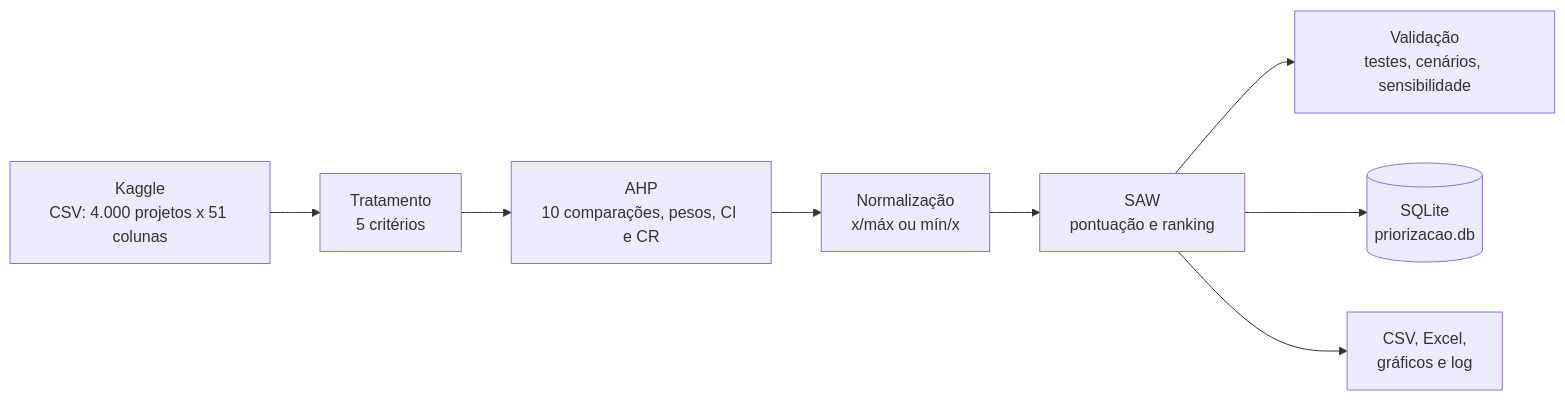
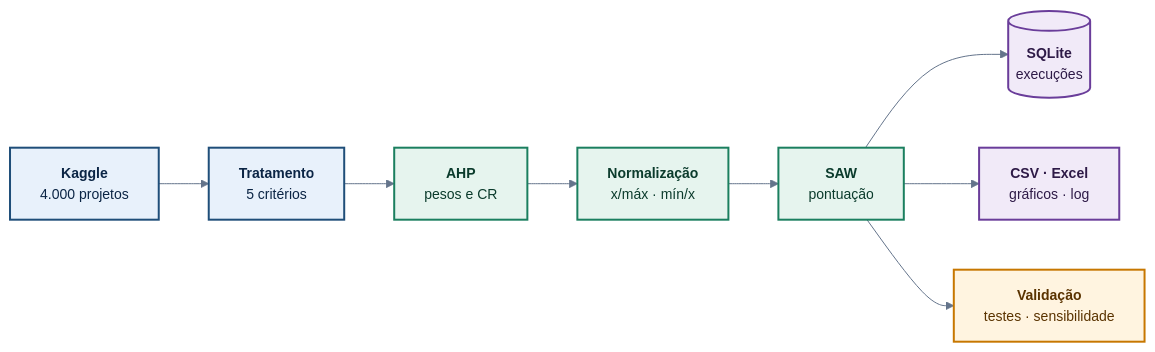
The first of 2 diagrams in README.md (Finin021/sistema-priorizacao-projetos-ahp-saw), drawn with Mermaid before and after one commit. The commit also changed other lines of this file, not shown here.

````diff
--- a/README.md
+++ b/README.md
@@ -35,10 +52,16 @@
 ```mermaid
+%%{init: {"theme": "base", "themeVariables": {"fontFamily": "Segoe UI, Arial, sans-serif", "fontSize": "14px", "lineColor": "#64748B"}}}%%
 flowchart LR
-    A["Kaggle<br/>CSV: 4.000 projetos x 51 colunas"] --> B["Tratamento<br/>5 critérios"]
-    B --> C["AHP<br/>10 comparações, pesos, CI e CR"]
-    C --> D["Normalização<br/>x/máx ou mín/x"]
-    D --> E["SAW<br/>pontuação e ranking"]
-    E --> F["Validação<br/>testes, cenários, sensibilidade"]
-    E --> G[("SQLite<br/>priorizacao.db")]
-    E --> H["CSV, Excel,<br/>gráficos e log"]
+    A["<b>Kaggle</b><br/>4.000 projetos"]:::dados --> B["<b>Tratamento</b><br/>5 critérios"]:::dados
+    B --> C["<b>AHP</b><br/>pesos e CR"]:::modelo
+    C --> D["<b>Normalização</b><br/>x/máx · mín/x"]:::modelo
+    D --> E["<b>SAW</b><br/>pontuação"]:::modelo
+    E --> F[("<b>SQLite</b><br/>execuções")]:::saida
+    E --> G["<b>CSV · Excel</b><br/>gráficos · log"]:::saida
+    E --> H["<b>Validação</b><br/>testes · sensibilidade"]:::valid
+
+    classDef dados fill:#E8F1FB,stroke:#1F4E79,stroke-width:2px,color:#0B2545
+    classDef modelo fill:#E6F4EE,stroke:#1B7F5F,stroke-width:2px,color:#0B3B2C
+    classDef saida fill:#F1EAF8,stroke:#6A3D9A,stroke-width:2px,color:#2E1A47
+    classDef valid fill:#FFF4E0,stroke:#C77700,stroke-width:2px,color:#5A3300
 ```
````
